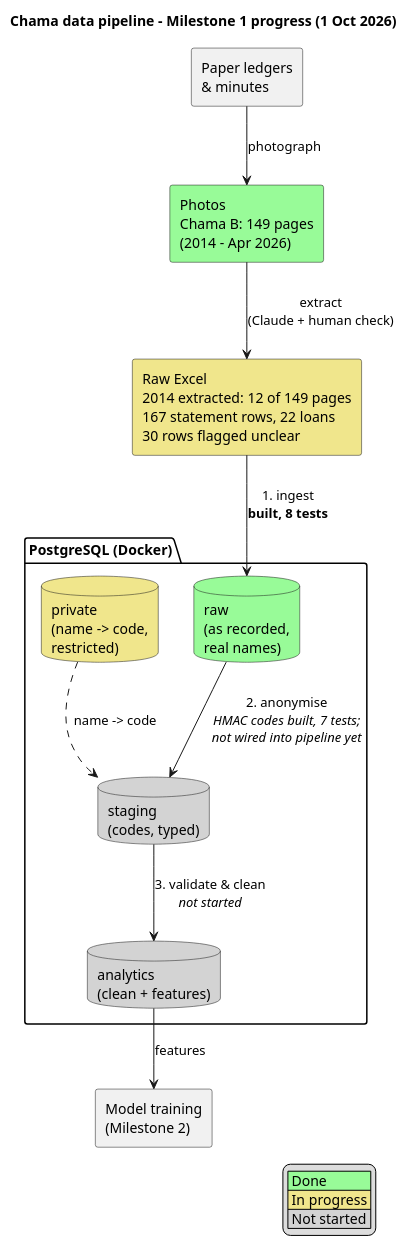
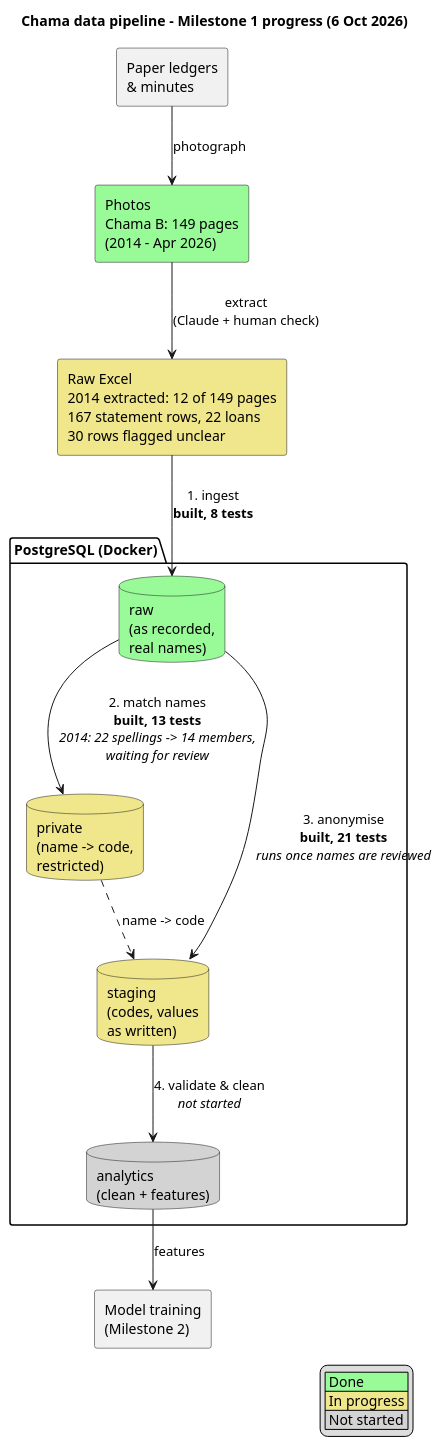
The diagram in docs/diagrams/m1_progress.puml (muriithi-alvin/chama-loan-default), drawn with PlantUML before and after one commit. The commit also changed 4 other files, not shown here.

```diff
--- a/docs/diagrams/m1_progress.puml
+++ b/docs/diagrams/m1_progress.puml
@@ -1,32 +1,33 @@
 @startuml m1_progress
-title Chama data pipeline - Milestone 1 progress (1 Oct 2026)
+title Chama data pipeline - Milestone 1 progress (6 Oct 2026)
 skinparam componentStyle rectangle
 skinparam shadowing false
 
 rectangle "Paper ledgers\n& minutes" as ledgers
 rectangle "Photos\nChama B: 149 pages\n(2014 - Apr 2026)" as photos #palegreen
 rectangle "Raw Excel\n2014 extracted: 12 of 149 pages\n167 statement rows, 22 loans\n30 rows flagged unclear" as excel #khaki
 
 package "PostgreSQL (Docker)" {
   database "raw\n(as recorded,\nreal names)" as raw #palegreen
   database "private\n(name -> code,\nrestricted)" as priv #khaki
-  database "staging\n(codes, typed)" as staging #lightgray
+  database "staging\n(codes, values\nas written)" as staging #khaki
   database "analytics\n(clean + features)" as analytics #lightgray
 }
 
 rectangle "Model training\n(Milestone 2)" as model
 
 ledgers --> photos : photograph
 photos --> excel : extract\n(Claude + human check)
 excel --> raw : 1. ingest\n<b>built, 8 tests</b>
-raw --> staging : 2. anonymise\n<i>HMAC codes built, 7 tests;</i>\n<i>not wired into pipeline yet</i>
+raw --> priv : 2. match names\n<b>built, 13 tests</b>\n<i>2014: 22 spellings -> 14 members,</i>\n<i>waiting for review</i>
+raw --> staging : 3. anonymise\n<b>built, 21 tests</b>\n<i>runs once names are reviewed</i>
 priv ..> staging : name -> code
-staging --> analytics : 3. validate & clean\n<i>not started</i>
+staging --> analytics : 4. validate & clean\n<i>not started</i>
 analytics --> model : features
 
 legend right
   |<#palegreen> Done |
   |<#khaki> In progress |
   |<#lightgray> Not started |
 endlegend
 @enduml
```
